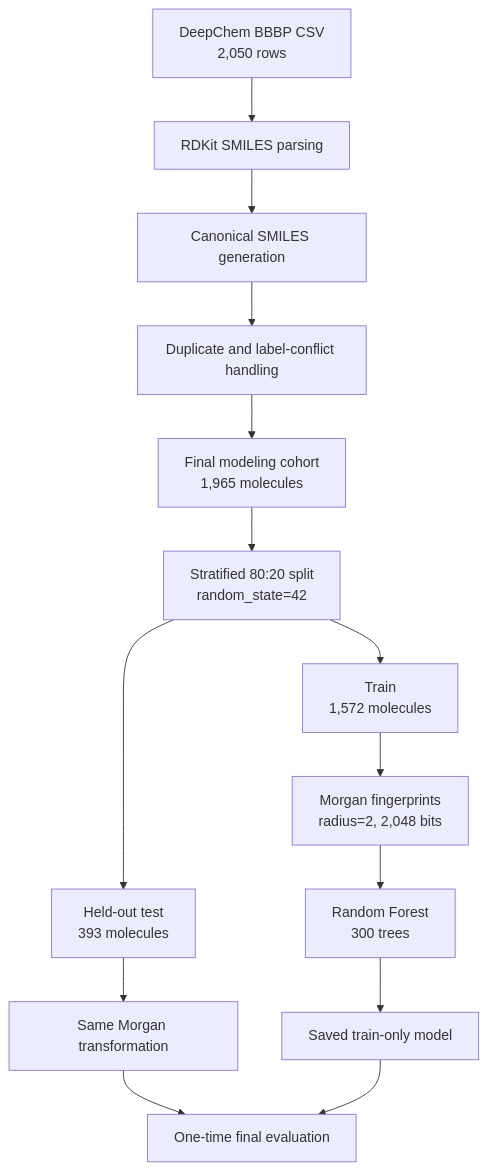
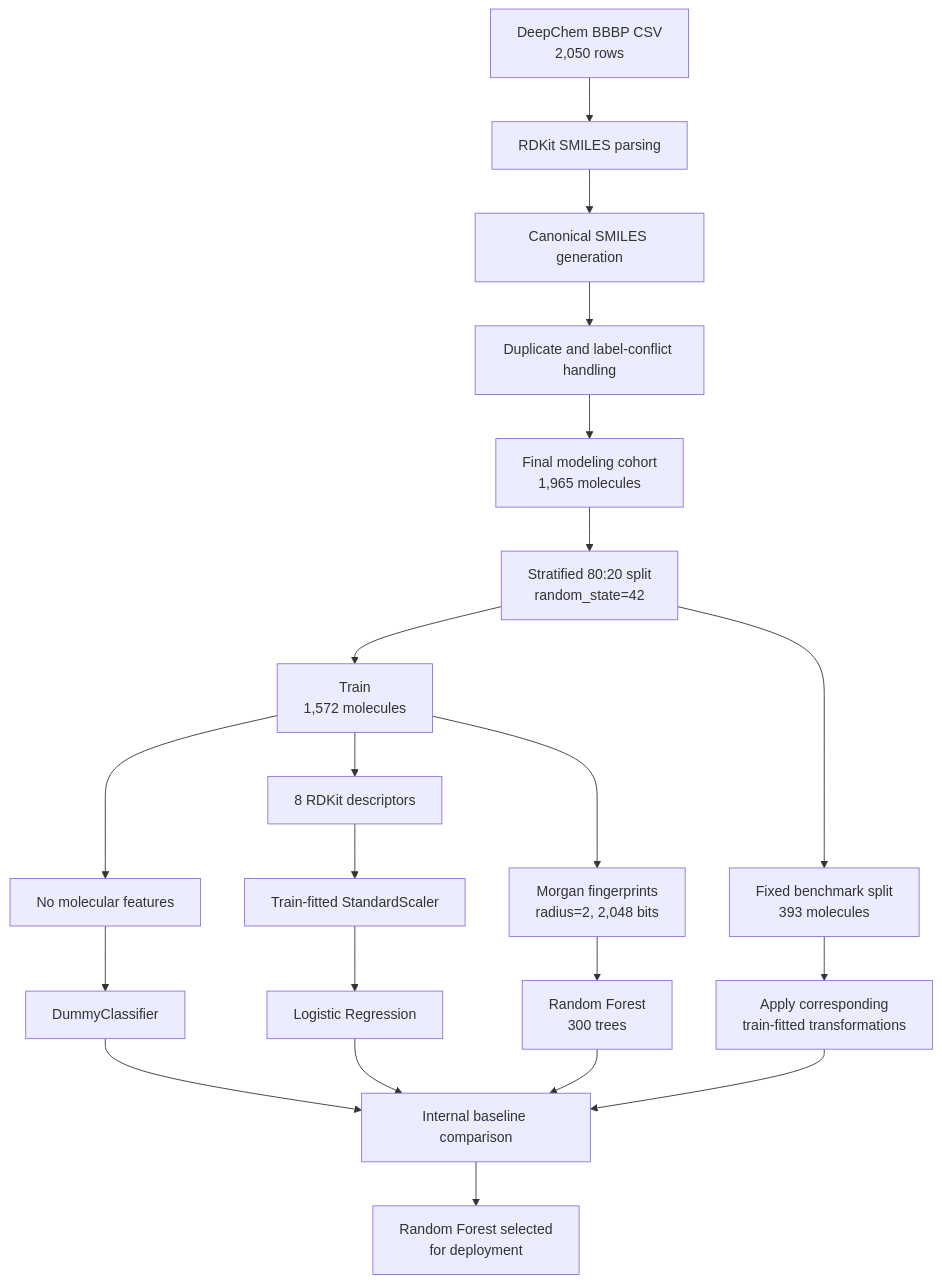
The first of 2 diagrams in README.md (jwhan0301/bbbp-permeability-prediction), drawn with Mermaid before and after one commit. The commit also changed other lines of this file, not shown here.

Commit message:
docs: clarify benchmark evaluation and model architecture

````diff
--- a/README.md
+++ b/README.md
@@ -51,16 +81,23 @@
 ```mermaid
 flowchart TD
     A["DeepChem BBBP CSV<br/>2,050 rows"] --> B["RDKit SMILES parsing"]
     B --> C["Canonical SMILES generation"]
     C --> D["Duplicate and label-conflict handling"]
     D --> E["Final modeling cohort<br/>1,965 molecules"]
     E --> F["Stratified 80:20 split<br/>random_state=42"]
     F --> G["Train<br/>1,572 molecules"]
-    F --> H["Held-out test<br/>393 molecules"]
-    G --> I["Morgan fingerprints<br/>radius=2, 2,048 bits"]
-    I --> J["Random Forest<br/>300 trees"]
-    H --> K["Same Morgan transformation"]
-    J --> L["Saved train-only model"]
-    K --> M["One-time final evaluation"]
-    L --> M
+    F --> H["Fixed benchmark split<br/>393 molecules"]
+    G --> I["No molecular features"]
+    I --> J["DummyClassifier"]
+    G --> K["8 RDKit descriptors"]
+    K --> L["Train-fitted StandardScaler"]
+    L --> M["Logistic Regression"]
+    G --> N["Morgan fingerprints<br/>radius=2, 2,048 bits"]
+    N --> O["Random Forest<br/>300 trees"]
+    H --> P["Apply corresponding<br/>train-fitted transformations"]
+    J --> Q["Internal baseline comparison"]
+    M --> Q
+    O --> Q
+    P --> Q
+    Q --> R["Random Forest selected<br/>for deployment"]
 ```
````
